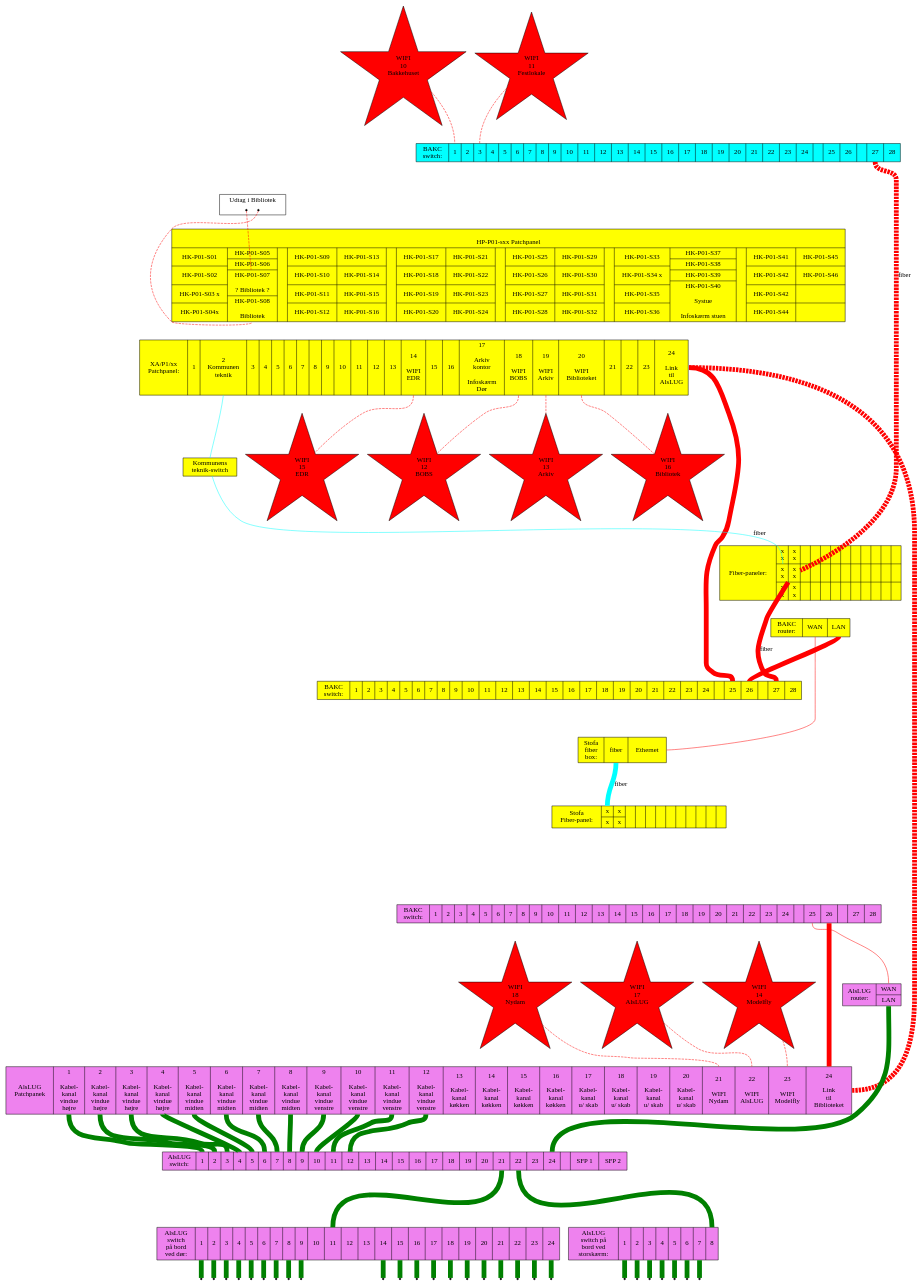
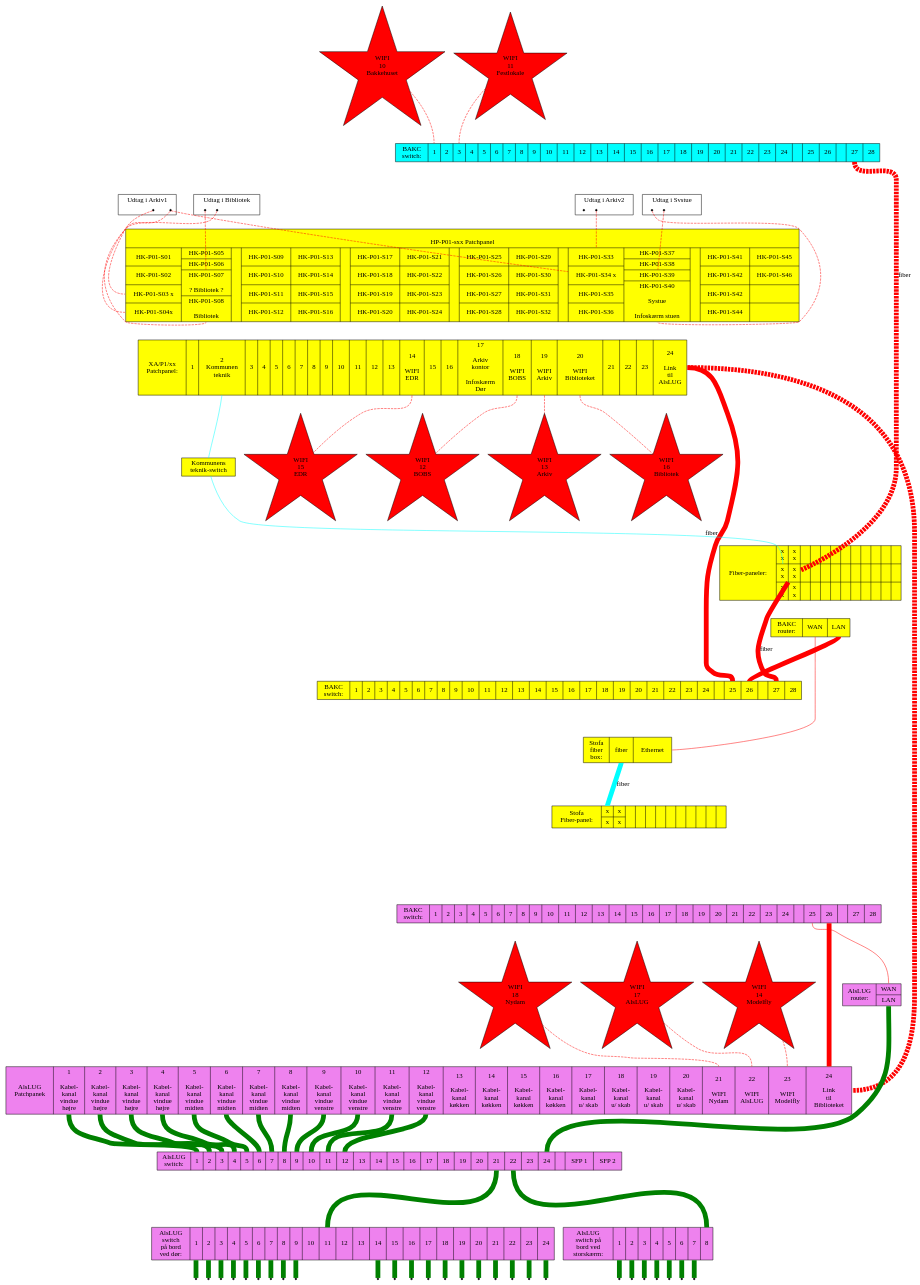
One commit to alslug/alslug.dk changed the diagram in projekter/patch-paneler.dot. Above: the diagram before and after it, drawn with Graphviz.

```diff
--- a/projekter/patch-paneler.dot
+++ b/projekter/patch-paneler.dot
@@ -408,15 +408,13 @@
                                     bib_fiberpaneler_1:festlokale_fiber -> bakc_bib_switch:fiber_1 [ color=red penwidth=10 label="fiber" ];
 
  
-  subgraph cluster_udtag_i_bibliotek {
-    node [ shape=point ];
-    label="Udtag i Bibliotek";
-    bib_stik_top;
-    bib_stik_bund;
-  }
   edge [ color=red penwidth=1 style=dashed ];  
-  bib_stik_top -> hk_p01:07;
-  bib_stik_bund -> hk_p01:08;
+  node [ shape=point ];
+
+  subgraph cluster_udtag_i_bibliotek { label="Udtag i Bibliotek"; bib_stik_top;    bib_stik_bund;    }  bib_stik_top    -> hk_p01:07; bib_stik_bund    -> hk_p01:08;
+  subgraph cluster_udtag_arkiv1      { label="Udtag i Arkiv1";    arkiv1_stik_top; arkiv1_stik_bund; }  arkiv1_stik_top -> hk_p01:03; arkiv1_stik_bund -> hk_p01:04;
+  subgraph cluster_udtag_arkiv2      { label="Udtag i Arkiv2";    arkiv2_stik_top; arkiv2_stik_bund; }  arkiv2_stik_top -> hk_p01:33; arkiv1_stik_bund -> hk_p01:34;
+  subgraph cluster_udtag_systue      { label="Udtag i Svstue";    systue_stik_top; systue_stik_bund; }  systue_stik_top -> hk_p01:39; systue_stik_bund -> hk_p01:40;
 
   node [ color=invis shape=point ];
   edge [ color=invis penwidth=50 style=dotted ];  
```
